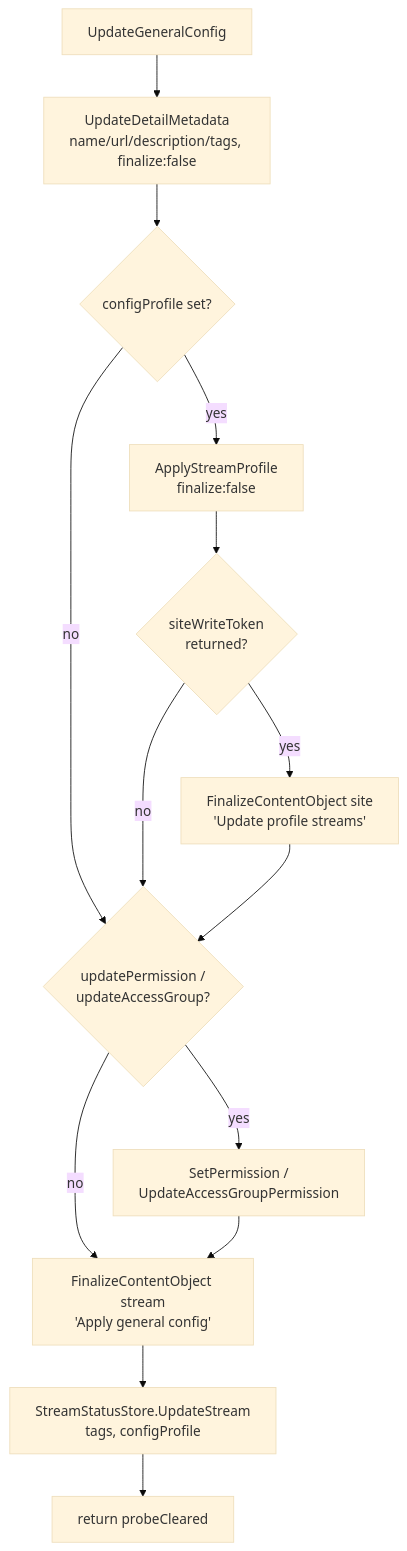
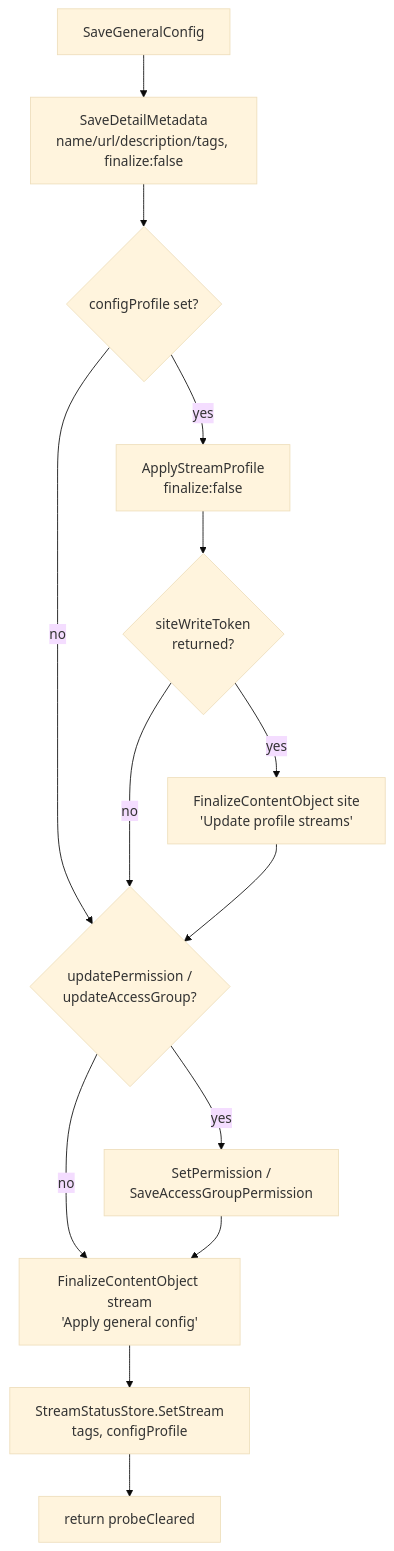
One commit to eluv-io/elv-live-stream changed the second of 2 diagrams in docs/diagrams/profile-apply.md. Above: the diagram before and after it, drawn with Mermaid (base theme). The commit also changed other lines of this file and 29 other files, not shown here.

````diff
--- a/docs/diagrams/profile-apply.md
+++ b/docs/diagrams/profile-apply.md
@@ -40,16 +40,16 @@
 ```mermaid
 flowchart TD
-    A[UpdateGeneralConfig] --> B[UpdateDetailMetadata<br/>name/url/description/tags, finalize:false]
+    A[SaveGeneralConfig] --> B[SaveDetailMetadata<br/>name/url/description/tags, finalize:false]
     B --> C{configProfile set?}
     C -->|no| G
     C -->|yes| D[ApplyStreamProfile<br/>finalize:false]
     D --> E{siteWriteToken<br/>returned?}
     E -->|yes| F[FinalizeContentObject site<br/>'Update profile streams']
     E -->|no| G
     F --> G{updatePermission /<br/>updateAccessGroup?}
-    G -->|yes| H[SetPermission /<br/>UpdateAccessGroupPermission]
+    G -->|yes| H[SetPermission /<br/>SaveAccessGroupPermission]
     G -->|no| I
     H --> I[FinalizeContentObject stream<br/>'Apply general config']
-    I --> J[StreamStatusStore.UpdateStream<br/>tags, configProfile]
+    I --> J[StreamStatusStore.SetStream<br/>tags, configProfile]
     J --> K[return probeCleared]
 ```
````
